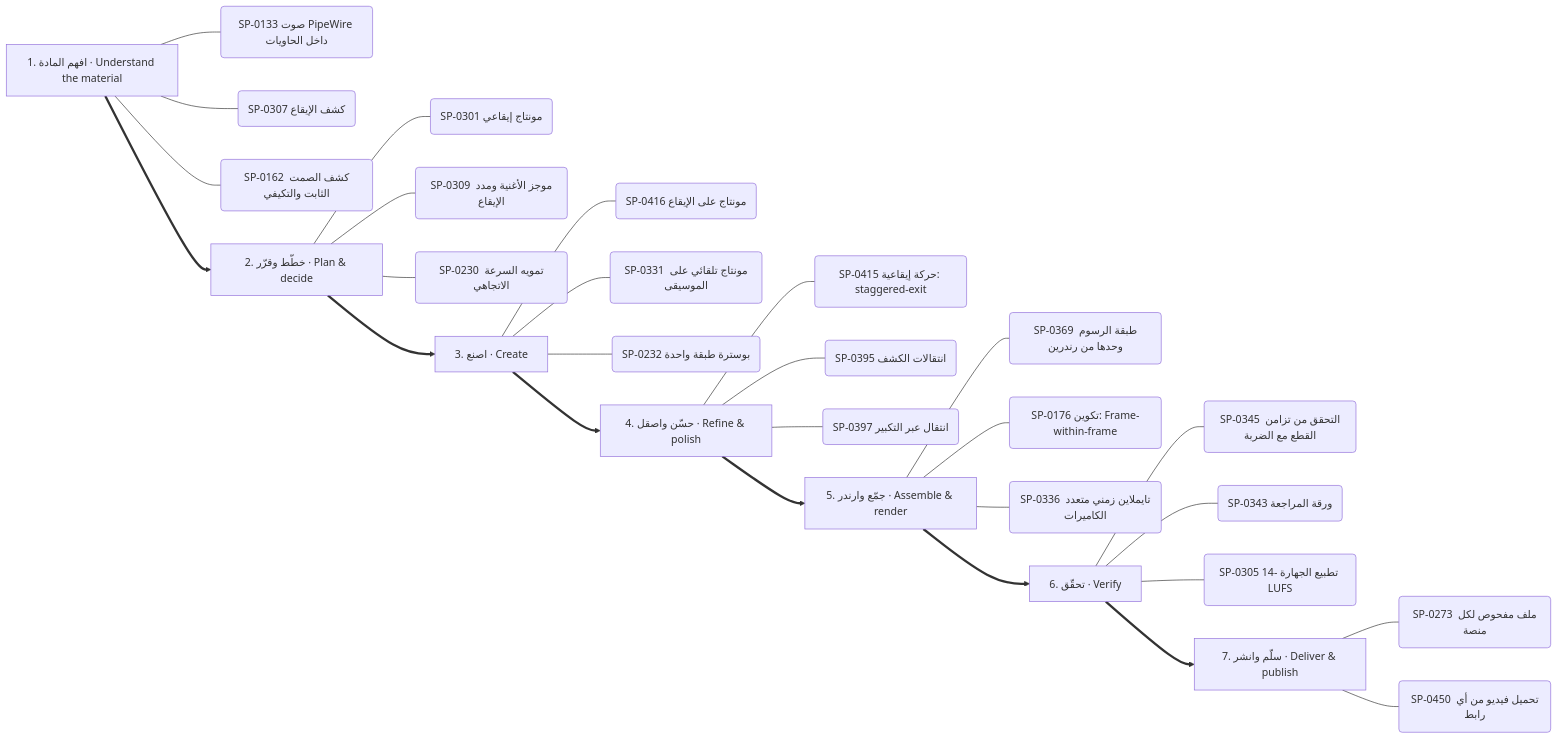
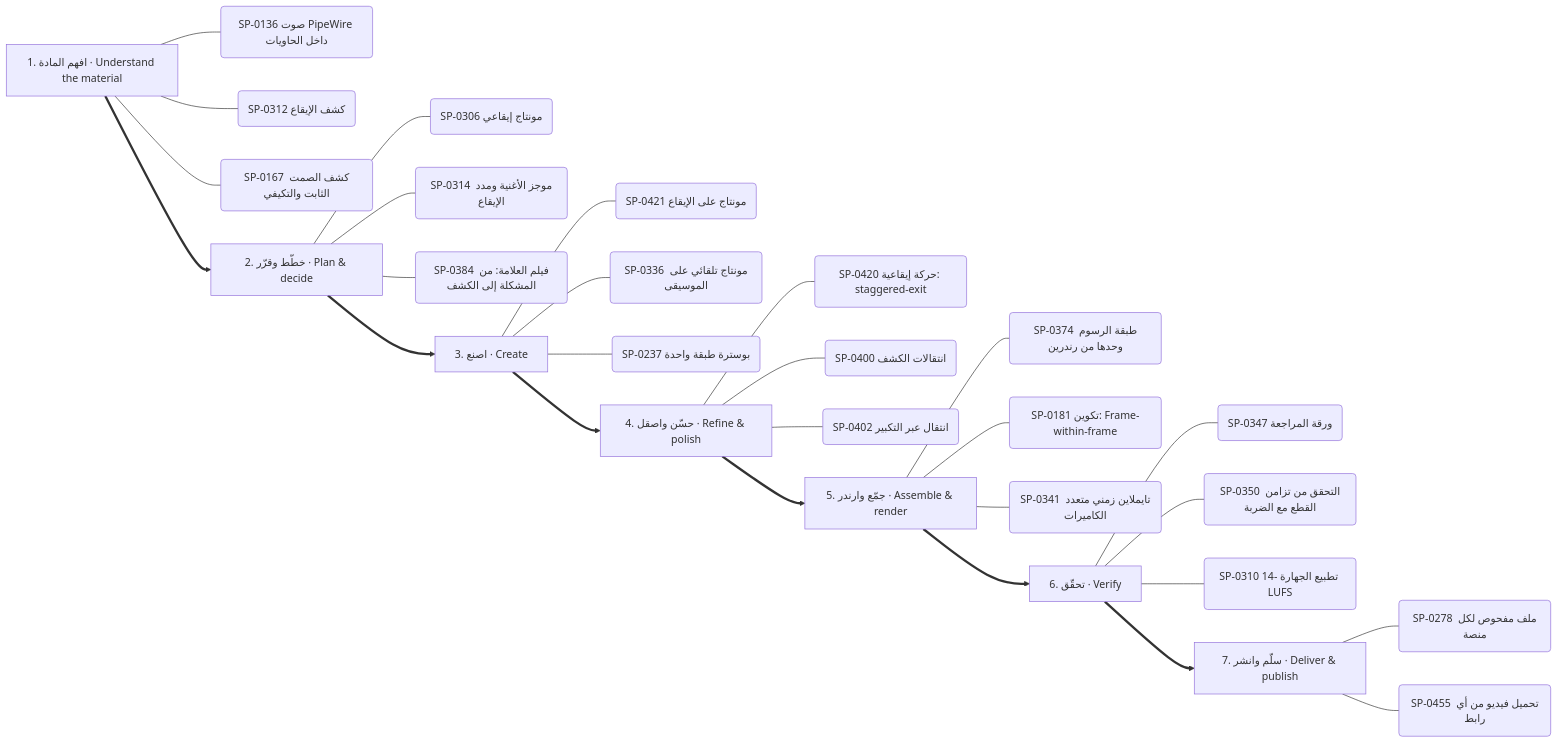
Before and after one commit to kosif199022-jpg/kosif-tool: the third of 13 diagrams in .claude/skills/kosif-superpowers/references/capability-mindmap.md, drawn with Mermaid. The commit also changed other lines of this file and 376 other files, not shown here.

````diff
--- a/.claude/skills/kosif-superpowers/references/capability-mindmap.md
+++ b/.claude/skills/kosif-superpowers/references/capability-mindmap.md
@@ -176,36 +178,36 @@
 ```mermaid
 flowchart LR
   S0["1. افهم المادة · Understand the material"]
-  S0 --- S0_0("SP-0133 صوت PipeWire داخل الحاويات")
-  S0 --- S0_1("SP-0307 كشف الإيقاع")
-  S0 --- S0_2("SP-0162 كشف الصمت الثابت والتكيفي")
+  S0 --- S0_0("SP-0136 صوت PipeWire داخل الحاويات")
+  S0 --- S0_1("SP-0312 كشف الإيقاع")
+  S0 --- S0_2("SP-0167 كشف الصمت الثابت والتكيفي")
   S1["2. خطّط وقرّر · Plan & decide"]
-  S1 --- S1_0("SP-0301 مونتاج إيقاعي")
-  S1 --- S1_1("SP-0309 موجز الأغنية ومدد الإيقاع")
-  S1 --- S1_2("SP-0230 تمويه السرعة الاتجاهي")
+  S1 --- S1_0("SP-0306 مونتاج إيقاعي")
+  S1 --- S1_1("SP-0314 موجز الأغنية ومدد الإيقاع")
+  S1 --- S1_2("SP-0384 فيلم العلامة: من المشكلة إلى الكشف")
   S0 ==> S1
   S2["3. اصنع · Create"]
-  S2 --- S2_0("SP-0416 مونتاج على الإيقاع")
-  S2 --- S2_1("SP-0331 مونتاج تلقائي على الموسيقى")
-  S2 --- S2_2("SP-0232 بوسترة طبقة واحدة")
+  S2 --- S2_0("SP-0421 مونتاج على الإيقاع")
+  S2 --- S2_1("SP-0336 مونتاج تلقائي على الموسيقى")
+  S2 --- S2_2("SP-0237 بوسترة طبقة واحدة")
   S1 ==> S2
   S3["4. حسّن واصقل · Refine & polish"]
-  S3 --- S3_0("SP-0415 حركة إيقاعية: staggered-exit")
-  S3 --- S3_1("SP-0395 انتقالات الكشف")
-  S3 --- S3_2("SP-0397 انتقال عبر التكبير")
+  S3 --- S3_0("SP-0420 حركة إيقاعية: staggered-exit")
+  S3 --- S3_1("SP-0400 انتقالات الكشف")
+  S3 --- S3_2("SP-0402 انتقال عبر التكبير")
   S2 ==> S3
   S4["5. جمّع وارندر · Assemble & render"]
-  S4 --- S4_0("SP-0369 طبقة الرسوم وحدها من رندرين")
-  S4 --- S4_1("SP-0176 تكوين: Frame-within-frame")
-  S4 --- S4_2("SP-0336 تايملاين زمني متعدد الكاميرات")
+  S4 --- S4_0("SP-0374 طبقة الرسوم وحدها من رندرين")
+  S4 --- S4_1("SP-0181 تكوين: Frame-within-frame")
+  S4 --- S4_2("SP-0341 تايملاين زمني متعدد الكاميرات")
   S3 ==> S4
   S5["6. تحقّق · Verify"]
-  S5 --- S5_0("SP-0345 التحقق من تزامن القطع مع الضربة")
-  S5 --- S5_1("SP-0343 ورقة المراجعة")
-  S5 --- S5_2("SP-0305 تطبيع الجهارة -14 LUFS")
+  S5 --- S5_0("SP-0347 ورقة المراجعة")
+  S5 --- S5_1("SP-0350 التحقق من تزامن القطع مع الضربة")
+  S5 --- S5_2("SP-0310 تطبيع الجهارة -14 LUFS")
   S4 ==> S5
   S6["7. سلّم وانشر · Deliver & publish"]
-  S6 --- S6_0("SP-0273 ملف مفحوص لكل منصة")
-  S6 --- S6_1("SP-0450 تحميل فيديو من أي رابط")
+  S6 --- S6_0("SP-0278 ملف مفحوص لكل منصة")
+  S6 --- S6_1("SP-0455 تحميل فيديو من أي رابط")
   S5 ==> S6
 ```
````
